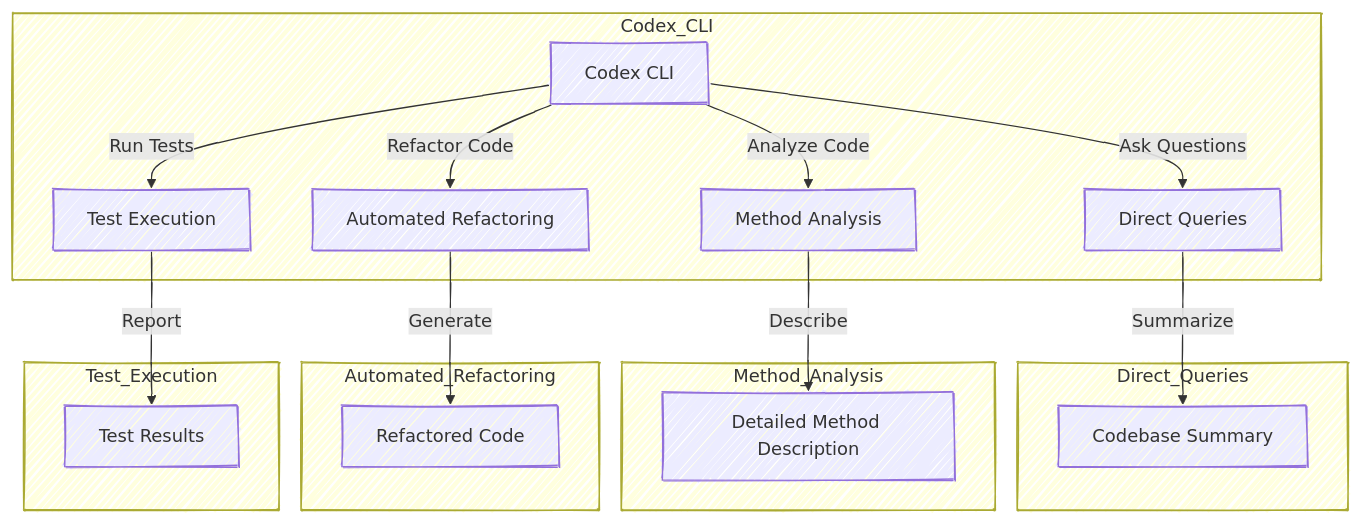
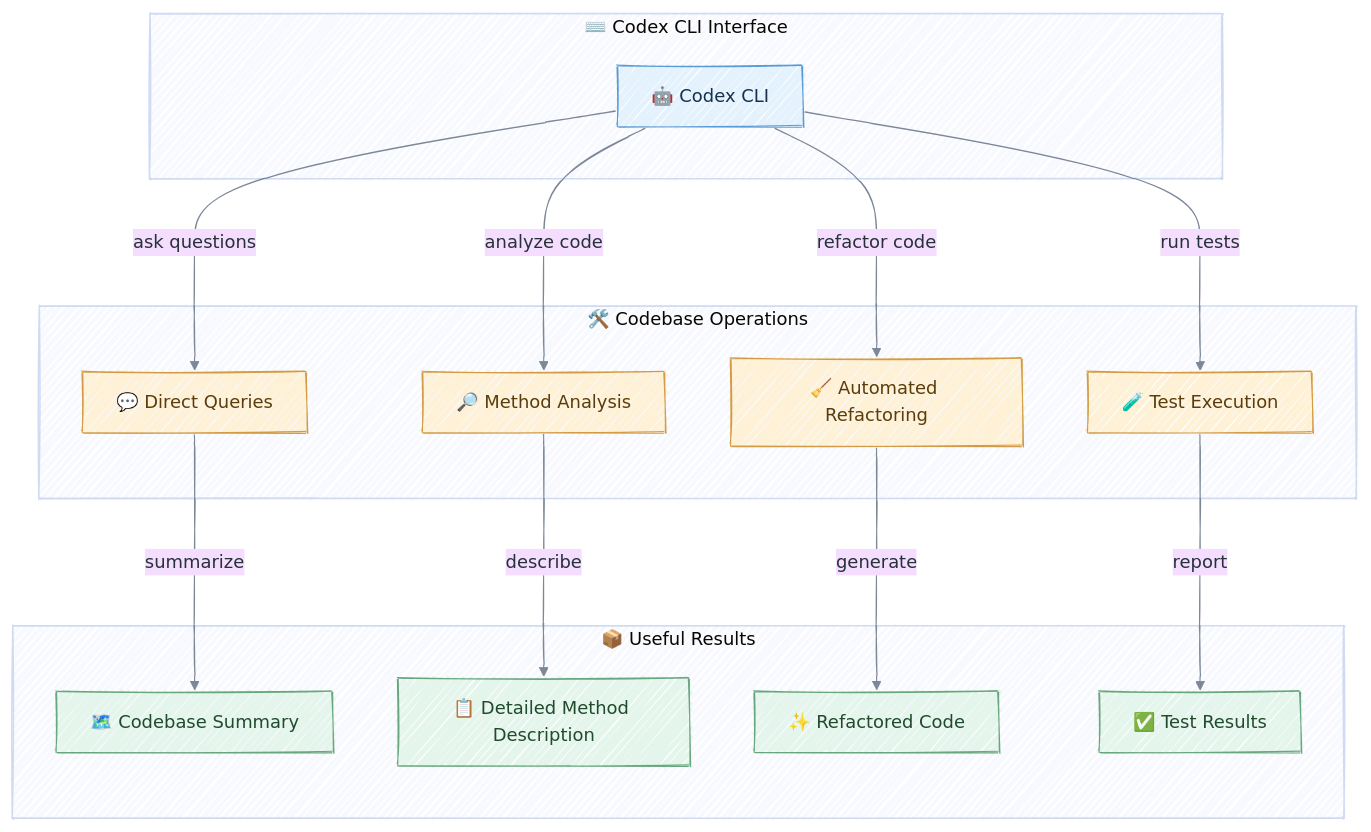
The diagram in _posts/2025-05-14-codex-cli-ruby.md (enogrob/enogrob.github.io), drawn with Mermaid before and after one commit. The commit also changed 12 other files, not shown here.

````diff
--- a/_posts/2025-05-14-codex-cli-ruby.md
+++ b/_posts/2025-05-14-codex-cli-ruby.md
@@ -86,32 +86,37 @@
 ```mermaid!
-%%{init: {"theme": "default", "look": "handDrawn"}}%%
-graph TD
-    subgraph Codex_CLI
-        A[Codex CLI]
-        B[Direct Queries]
-        C[Method Analysis]
-        D[Automated Refactoring]
-        E[Test Execution]
+%%{init: {"theme": "base", "look": "handDrawn", "themeVariables": {"fontFamily": "ui-sans-serif, system-ui, sans-serif", "lineColor": "#7c8798", "primaryTextColor": "#263238"}, "flowchart": {"nodeSpacing": 55, "rankSpacing": 90}}}%%
+flowchart TD
+    subgraph Interface["⌨️ Codex CLI Interface"]
+        A["🤖 Codex CLI"]
     end
 
-    A -->|Ask Questions| B
-    A -->|Analyze Code| C
-    A -->|Refactor Code| D
-    A -->|Run Tests| E
-
-    subgraph Direct_Queries
-        B -->|Summarize| F[Codebase Summary]
+    subgraph Operations["🛠️ Codebase Operations"]
+        B["💬 Direct Queries"]
+        C["🔎 Method Analysis"]
+        D["🧹 Automated Refactoring"]
+        E["🧪 Test Execution"]
     end
 
-    subgraph Method_Analysis
-        C -->|Describe| G[Detailed Method Description]
+    subgraph Results["📦 Useful Results"]
+        F["🗺️ Codebase Summary"]
+        G["📋 Detailed Method Description"]
+        H["✨ Refactored Code"]
+        I["✅ Test Results"]
     end
 
-    subgraph Automated_Refactoring
-        D -->|Generate| H[Refactored Code]
-    end
+    A -->|ask questions| B
+    A -->|analyze code| C
+    A -->|refactor code| D
+    A -->|run tests| E
+    B -->|summarize| F
+    C -->|describe| G
+    D -->|generate| H
+    E -->|report| I
 
-    subgraph Test_Execution
-        E -->|Report| I[Test Results]
-    end
+    classDef interface fill:#e3f2fd,stroke:#5b9bd5,color:#16324f,stroke-width:1px
+    classDef operation fill:#fff1d6,stroke:#d39b45,color:#5b3d0b,stroke-width:1px
+    classDef result fill:#e4f5ec,stroke:#68a77d,color:#204b2d,stroke-width:1px
+    class A interface
+    class B,C,D,E operation
+    class F,G,H,I result
 ```
````
